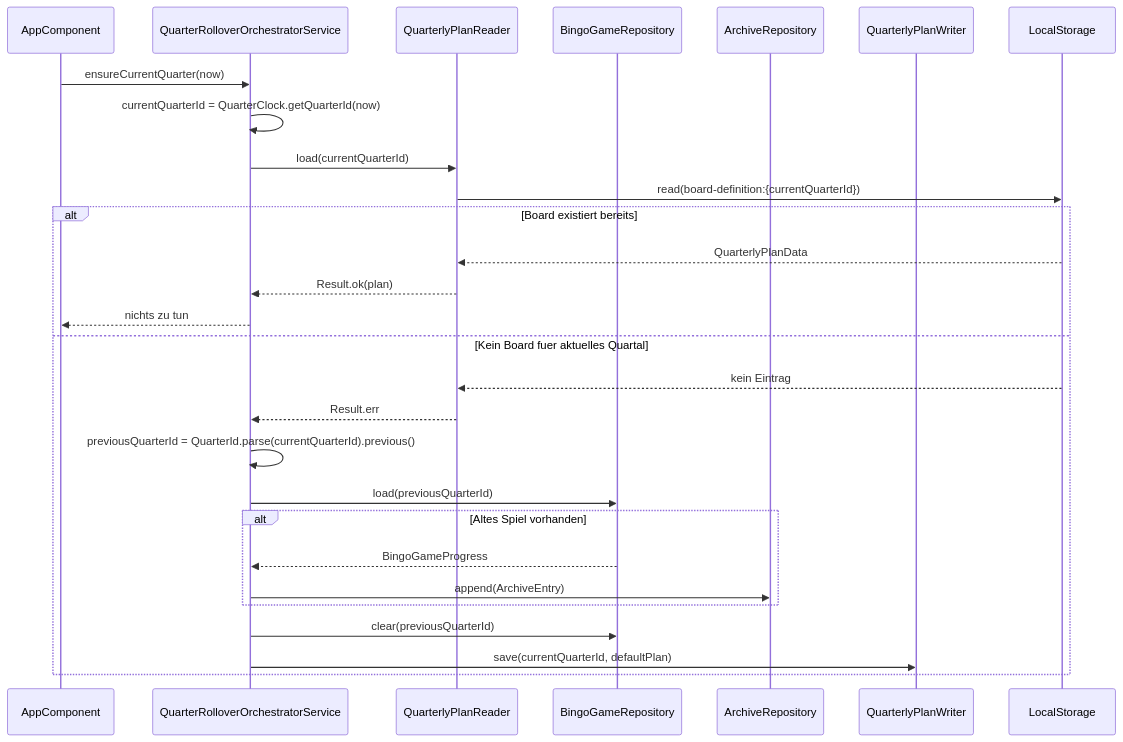
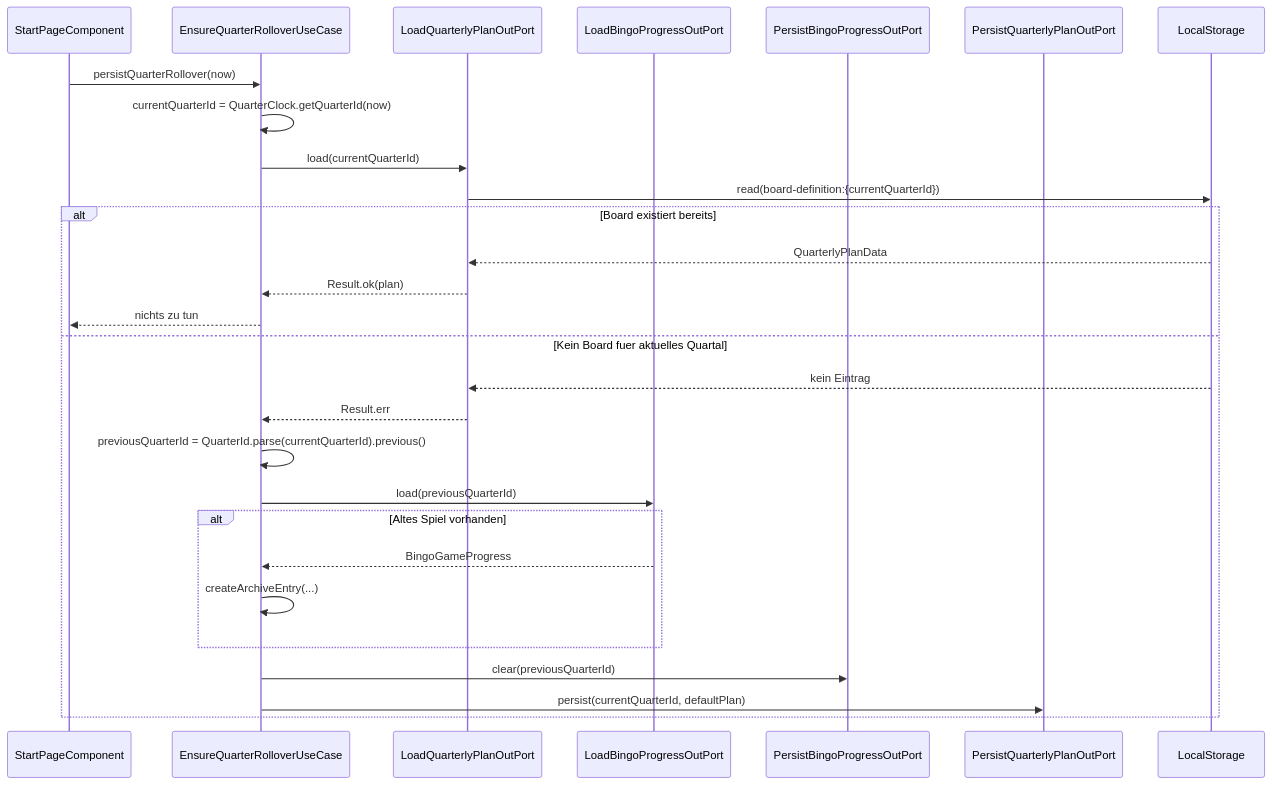
One commit to flingoflux/knitting-quarterly-bingo changed the ninth of 16 diagrams in docs/arc42.md. Above: the diagram before and after it, drawn with Mermaid. The commit also changed other lines of this file, not shown here.

````diff
--- a/docs/arc42.md
+++ b/docs/arc42.md
@@ -348,31 +320,31 @@
 ```mermaid
 sequenceDiagram
-  participant APP as AppComponent
-  participant ORC as QuarterRolloverOrchestratorService
-  participant QPR as QuarterlyPlanReader
-  participant BGAR as BingoGameRepository
-  participant AR as ArchiveRepository
-  participant QPW as QuarterlyPlanWriter
+  participant SPC as StartPageComponent
+  participant RUC as EnsureQuarterRolloverUseCase
+  participant QPL as LoadQuarterlyPlanOutPort
+  participant BGL as LoadBingoProgressOutPort
+  participant BGP as PersistBingoProgressOutPort
+  participant QPP as PersistQuarterlyPlanOutPort
   participant LocalStorage
 
-  APP->>ORC: ensureCurrentQuarter(now)
-  ORC->>ORC: currentQuarterId = QuarterClock.getQuarterId(now)
-  ORC->>QPR: load(currentQuarterId)
-  QPR->>LocalStorage: read(board-definition:{currentQuarterId})
+  SPC->>RUC: persistQuarterRollover(now)
+  RUC->>RUC: currentQuarterId = QuarterClock.getQuarterId(now)
+  RUC->>QPL: load(currentQuarterId)
+  QPL->>LocalStorage: read(board-definition:{currentQuarterId})
   alt Board existiert bereits
-    LocalStorage-->>QPR: QuarterlyPlanData
-    QPR-->>ORC: Result.ok(plan)
-    ORC-->>APP: nichts zu tun
+    LocalStorage-->>QPL: QuarterlyPlanData
+    QPL-->>RUC: Result.ok(plan)
+    RUC-->>SPC: nichts zu tun
   else Kein Board fuer aktuelles Quartal
-    LocalStorage-->>QPR: kein Eintrag
-    QPR-->>ORC: Result.err
-    ORC->>ORC: previousQuarterId = QuarterId.parse(currentQuarterId).previous()
-    ORC->>BGAR: load(previousQuarterId)
+    LocalStorage-->>QPL: kein Eintrag
+    QPL-->>RUC: Result.err
+    RUC->>RUC: previousQuarterId = QuarterId.parse(currentQuarterId).previous()
+    RUC->>BGL: load(previousQuarterId)
     alt Altes Spiel vorhanden
-      BGAR-->>ORC: BingoGameProgress
-      ORC->>AR: append(ArchiveEntry)
+      BGL-->>RUC: BingoGameProgress
+      RUC->>RUC: createArchiveEntry(...)
     end
-    ORC->>BGAR: clear(previousQuarterId)
-    ORC->>QPW: save(currentQuarterId, defaultPlan)
+    RUC->>BGP: clear(previousQuarterId)
+    RUC->>QPP: persist(currentQuarterId, defaultPlan)
   end
 ```
````
